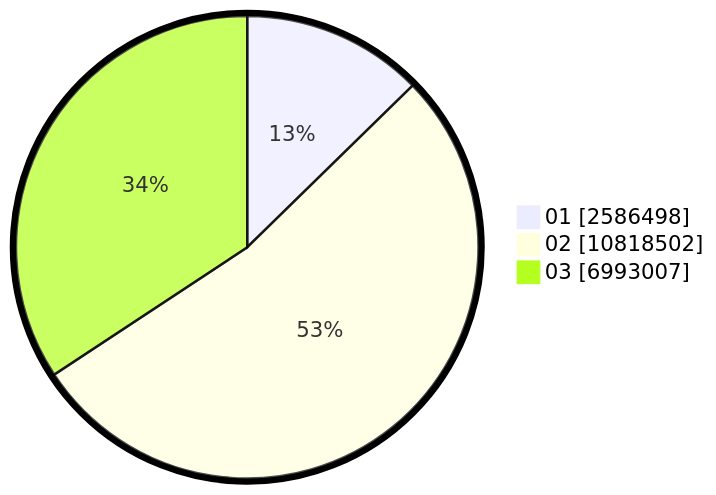
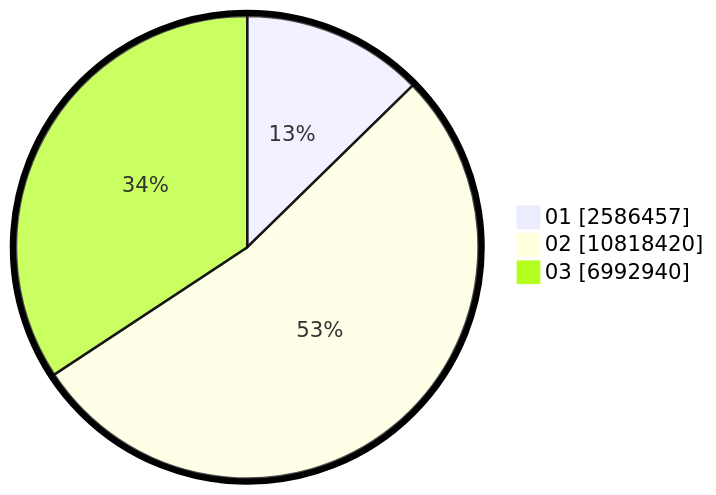
The second of 2 diagrams in pilpres/hitung-suara/sub/table-wilayah-33.md (gigit-pemilu/pemilu-2024), drawn with Mermaid before and after one commit. The commit also changed other lines of this file and 8 other files, not shown here.

````diff
--- a/pilpres/hitung-suara/sub/table-wilayah-33.md
+++ b/pilpres/hitung-suara/sub/table-wilayah-33.md
@@ -15,7 +15,7 @@
 ```mermaid
 %%{init: {"pie": {"textPosition": 0.5}, "themeVariables": {"pieOuterStrokeWidth": "5px"}} }%%
 pie showData
-    "01" : 2586498
-    "02" : 10818502
-    "03" : 6993007
+    "01" : 2586457
+    "02" : 10818420
+    "03" : 6992940
 ```
````
